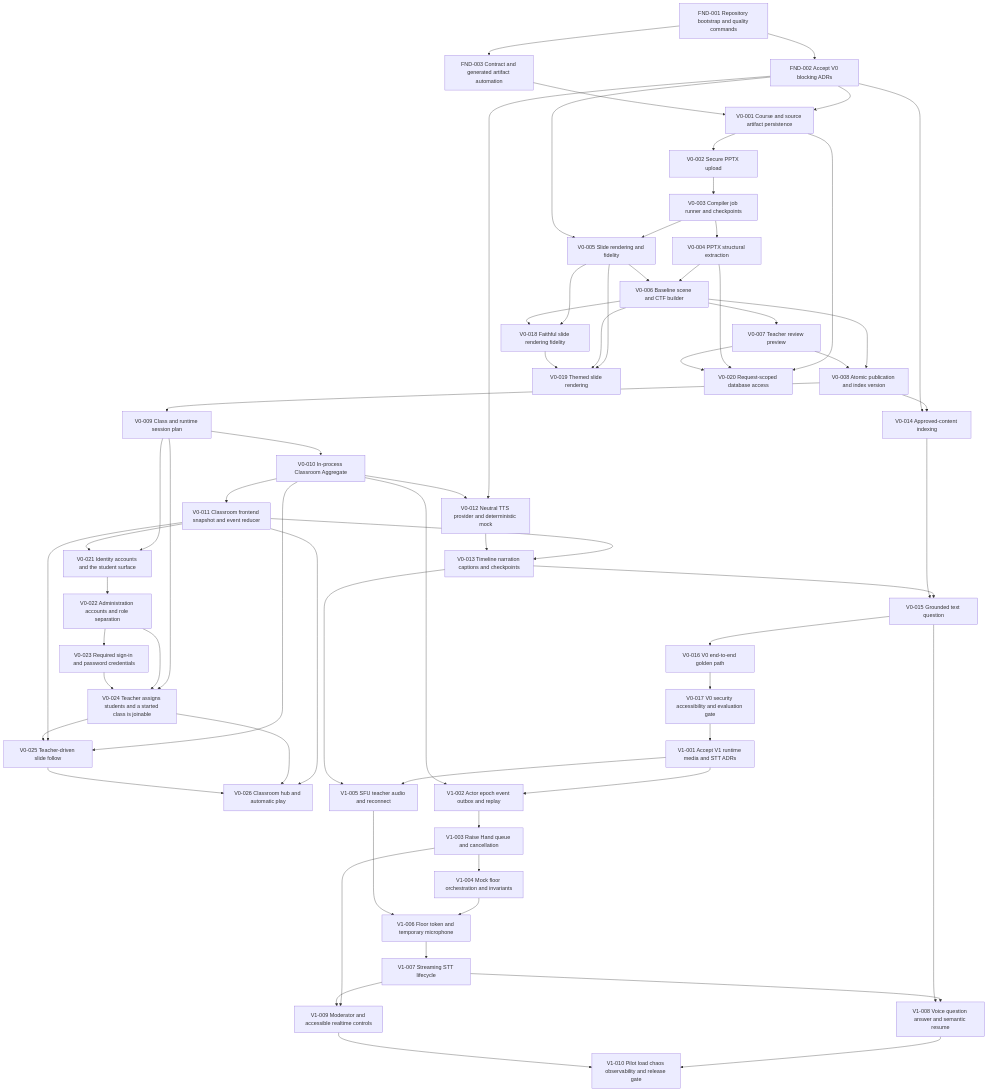
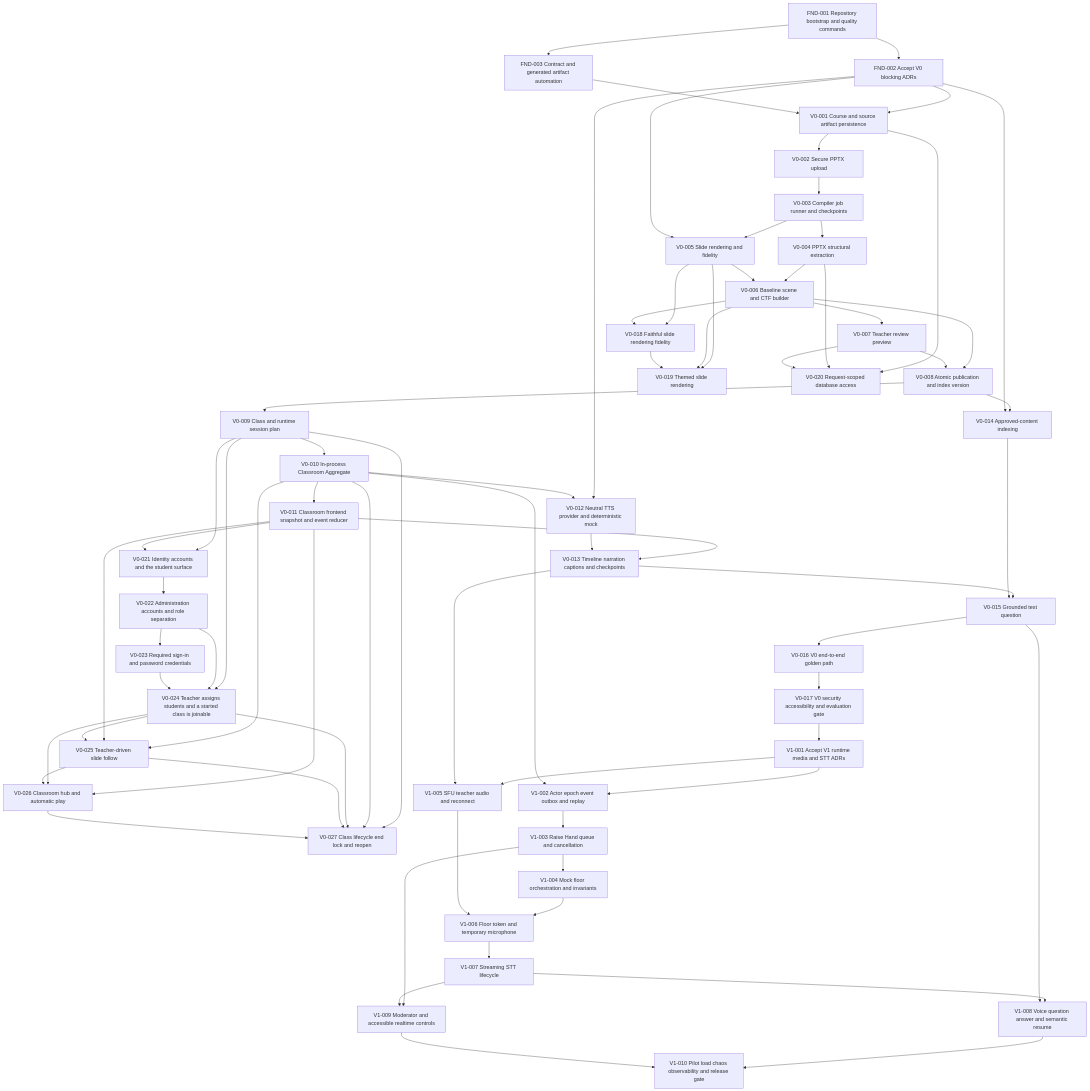
One commit to dnguyen24498/Mentora changed the diagram in tasks/DEPENDENCY_GRAPH.md. Above: the diagram before and after it, drawn with Mermaid. The commit also changed 31 other files, not shown here.

Commit message:
V0-027: end, lock and reopen a class

```diff
--- a/tasks/DEPENDENCY_GRAPH.md
+++ b/tasks/DEPENDENCY_GRAPH.md
@@ -79,6 +79,12 @@
   V0_011 --> V0_026
   V0_024 --> V0_026
   V0_025 --> V0_026
+  V0_027["V0-027 Class lifecycle end lock and reopen"]
+  V0_009 --> V0_027
+  V0_010 --> V0_027
+  V0_024 --> V0_027
+  V0_025 --> V0_027
+  V0_026 --> V0_027
   V1_001["V1-001 Accept V1 runtime media and STT ADRs"]
   V0_017 --> V1_001
   V1_002["V1-002 Actor epoch event outbox and replay"]
```
